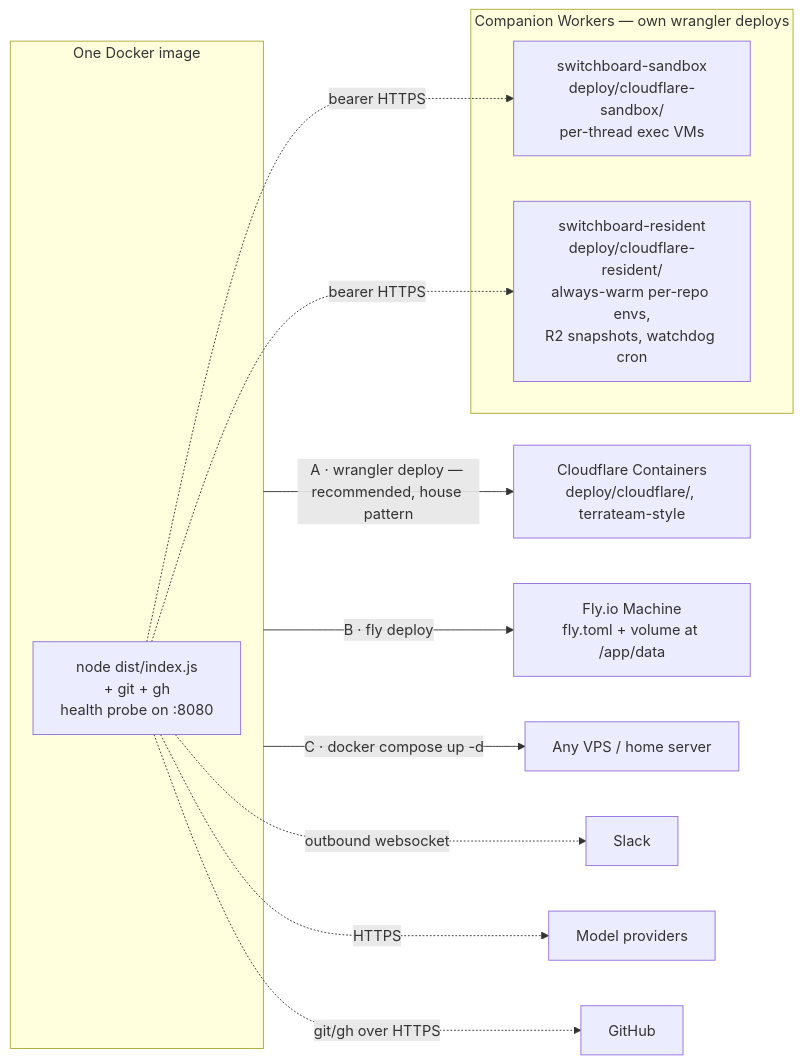
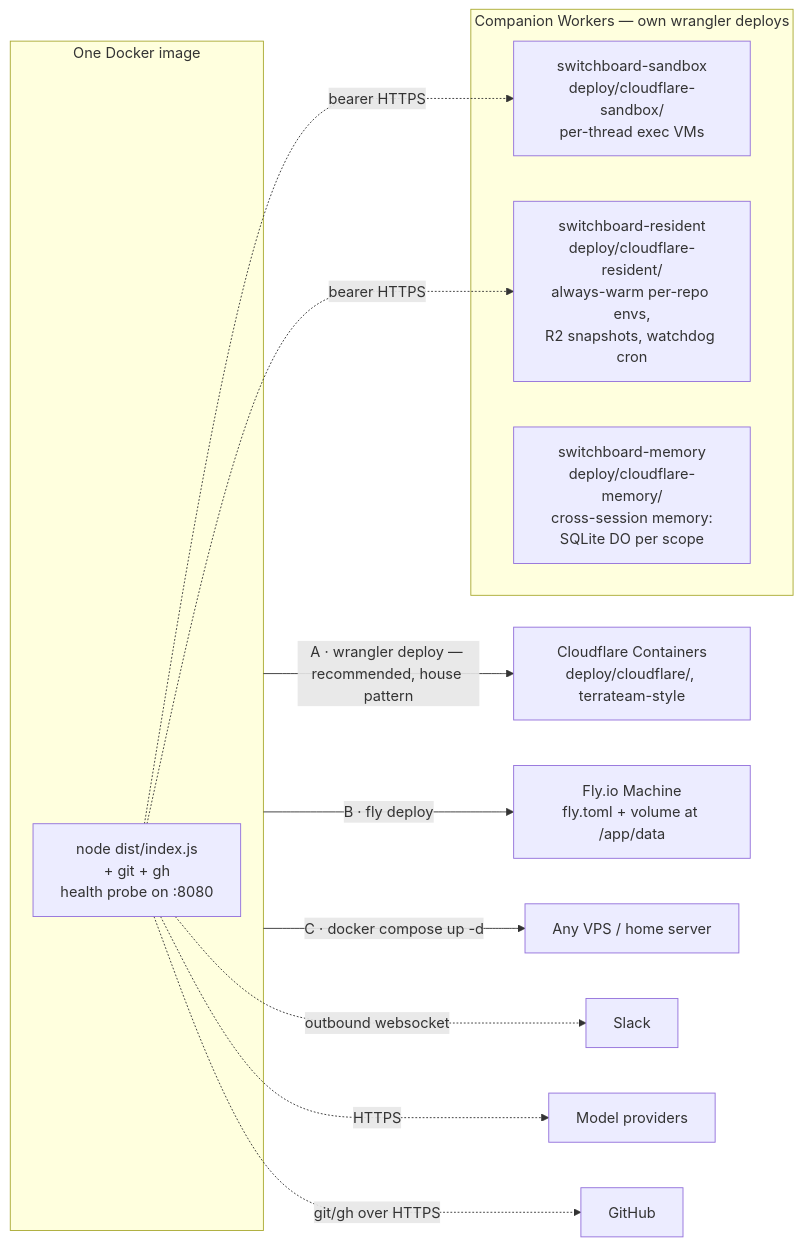
Before and after one commit to coreplanelabs/switchboard: the fourth of 4 diagrams in README.md, drawn with Mermaid. The commit also changed other lines of this file and 26 other files, not shown here.

````diff
--- a/README.md
+++ b/README.md
@@ -138,17 +138,18 @@
 ```mermaid
 flowchart LR
     subgraph img ["One Docker image"]
         P["node dist/index.js<br/>+ git + gh<br/>health probe on :8080"]
     end
     img -->|A · wrangler deploy — recommended, house pattern| CF["Cloudflare Containers<br/>deploy/cloudflare/, terrateam-style"]
     img -->|B · fly deploy| FLY["Fly.io Machine<br/>fly.toml + volume at /app/data"]
     img -->|C · docker compose up -d| VPS["Any VPS / home server"]
     subgraph companions ["Companion Workers — own wrangler deploys"]
         SBW["switchboard-sandbox<br/>deploy/cloudflare-sandbox/<br/>per-thread exec VMs"]
         RSW["switchboard-resident<br/>deploy/cloudflare-resident/<br/>always-warm per-repo envs,<br/>R2 snapshots, watchdog cron"]
+        MW["switchboard-memory<br/>deploy/cloudflare-memory/<br/>cross-session memory:<br/>SQLite DO per scope"]
     end
     P -.->|outbound websocket| SLK["Slack"]
     P -.->|HTTPS| PRV["Model providers"]
     P -.->|git/gh over HTTPS| GH["GitHub"]
     P -.->|bearer HTTPS| SBW & RSW
 ```
````
